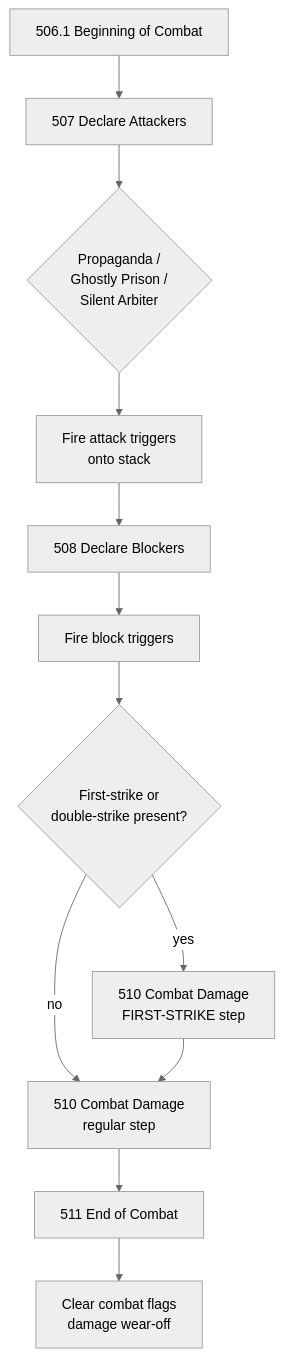
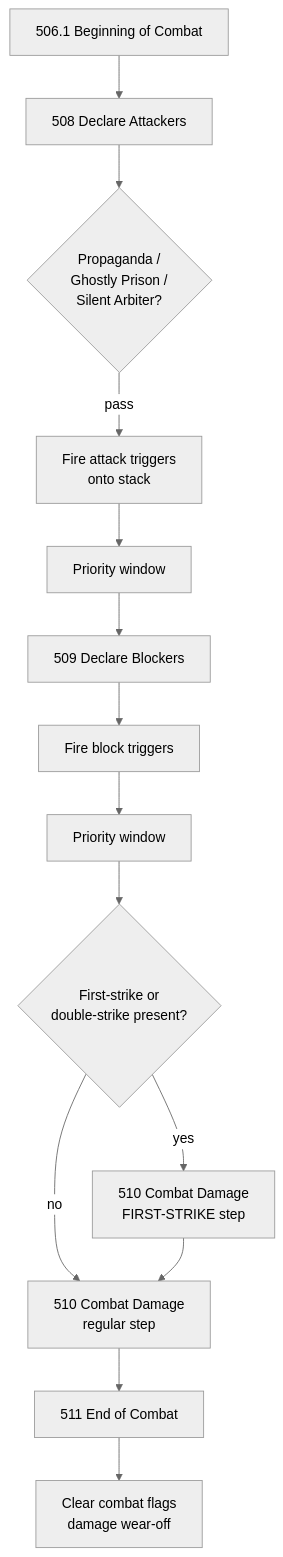
One commit to HexDek/HexDek changed the first of 5 diagrams in docs/Combat Phases.md. Above: the diagram before and after it, drawn with Mermaid (neutral theme). The commit also changed other lines of this file and 17 other files, not shown here.

````diff
--- a/docs/Combat Phases.md
+++ b/docs/Combat Phases.md
@@ -11,14 +29,16 @@
 ```mermaid
 flowchart TD
-    BC[506.1 Beginning of Combat] --> DA[507 Declare Attackers]
-    DA --> RestrictTax{Propaganda /<br/>Ghostly Prison /<br/>Silent Arbiter}
-    RestrictTax --> ATKTRIG[Fire attack triggers<br/>onto stack]
-    ATKTRIG --> DB[508 Declare Blockers]
+    BC[506.1 Beginning of Combat] --> DA[508 Declare Attackers]
+    DA --> RestrictTax{Propaganda /<br/>Ghostly Prison /<br/>Silent Arbiter?}
+    RestrictTax -- pass --> ATKTRIG[Fire attack triggers<br/>onto stack]
+    ATKTRIG --> Priority1[Priority window]
+    Priority1 --> DB[509 Declare Blockers]
     DB --> BLKTRIG[Fire block triggers]
-    BLKTRIG --> FS{First-strike or<br/>double-strike present?}
+    BLKTRIG --> Priority2[Priority window]
+    Priority2 --> FS{First-strike or<br/>double-strike present?}
     FS -- yes --> CDS_FS[510 Combat Damage<br/>FIRST-STRIKE step]
     FS -- no --> CDS[510 Combat Damage<br/>regular step]
     CDS_FS --> CDS
     CDS --> EOC[511 End of Combat]
     EOC --> CLEAR[Clear combat flags<br/>damage wear-off]
 ```
````
